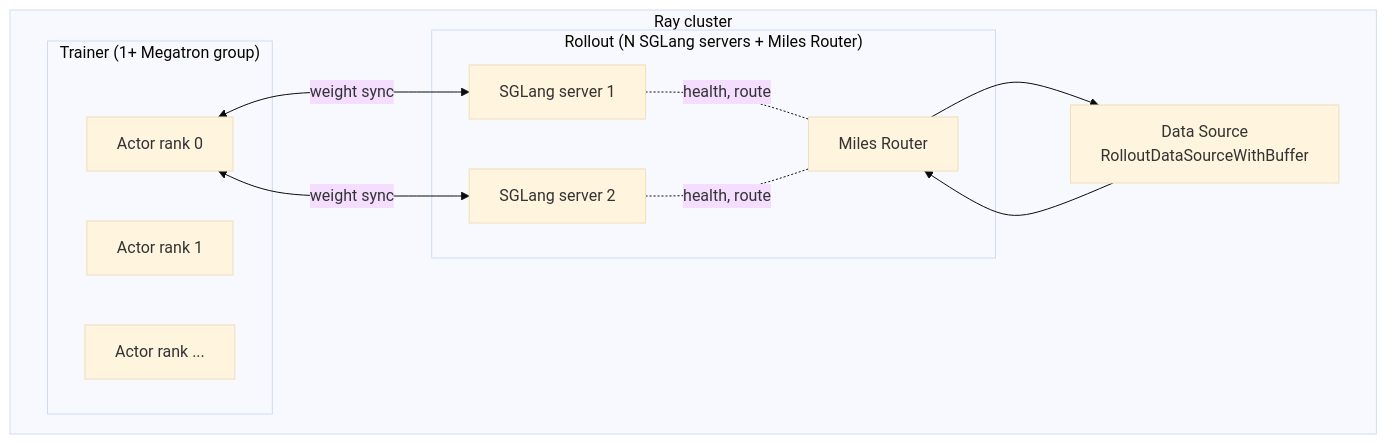
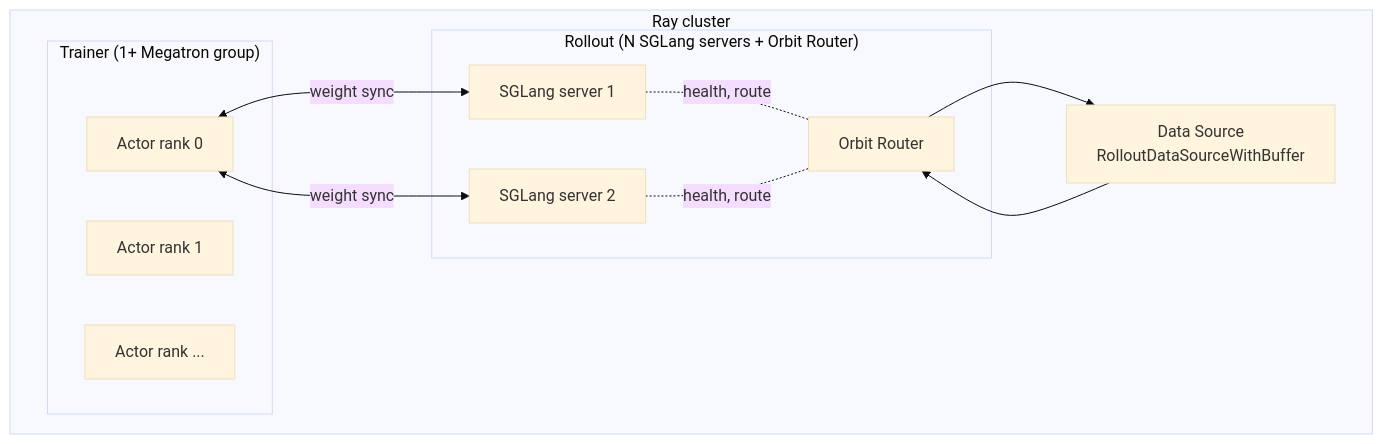
One commit to Sphere-AI-Lab/orbit changed the first of 2 diagrams in docs/developer/architecture.md. Above: the diagram before and after it, drawn with Mermaid (base theme). The commit also changed other lines of this file and 1865 other files, not shown here.

Commit message:
refactor: rename MILES tree to Orbit

````diff
--- a/docs/developer/architecture.md
+++ b/docs/developer/architecture.md
@@ -11,22 +11,22 @@
 ```mermaid
 flowchart TB
     subgraph Ray cluster
         subgraph "Trainer (1+ Megatron group)"
             T1[Actor rank 0]
             T2[Actor rank 1]
             T3[Actor rank ...]
         end
-        subgraph "Rollout (N SGLang servers + Miles Router)"
+        subgraph "Rollout (N SGLang servers + Orbit Router)"
             R1[SGLang server 1]
             R2[SGLang server 2]
-            MR[Miles Router]
+            MR[Orbit Router]
             R1 -. health, route .- MR
             R2 -. health, route .- MR
         end
         D[Data Source<br/>RolloutDataSourceWithBuffer]
         T1 <-- weight sync --> R1
         T1 <-- weight sync --> R2
         D --> MR
         MR --> D
     end
 ```
````
